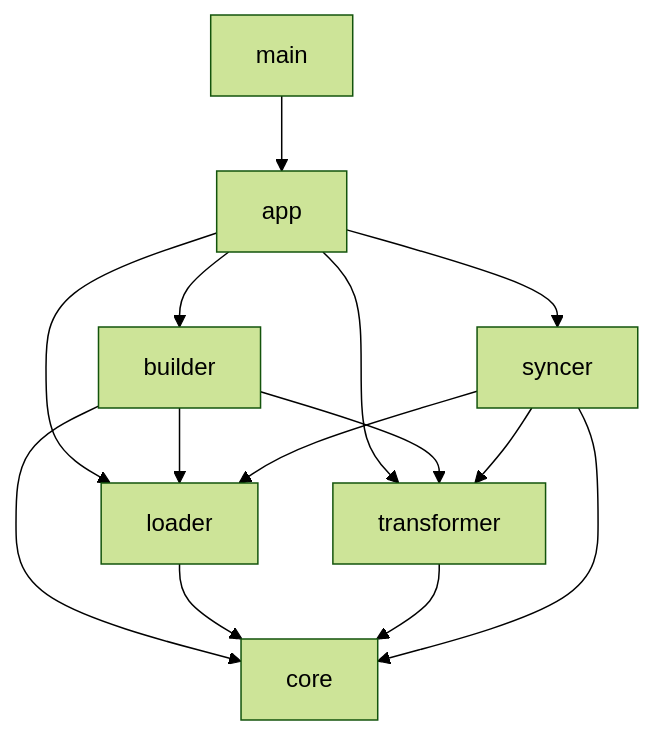
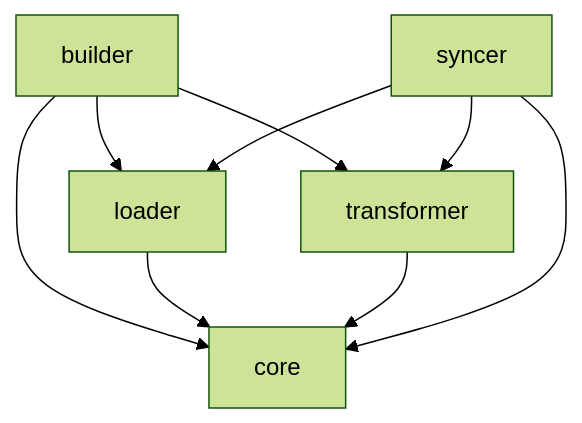
Before and after one commit to rwiv/agb: the second of 2 diagrams in specs/DESIGN.md, drawn with Mermaid (forest theme). The commit also changed other lines of this file, not shown here.

Commit message:
docs: update dependency graph

````diff
--- a/specs/DESIGN.md
+++ b/specs/DESIGN.md
@@ -41,16 +56,11 @@
 ```mermaid
 graph TD
-    main --> app
-    app --> loader
-    app --> builder
-    app --> syncer
-    app --> transformer
     builder --> loader
     builder --> transformer
     syncer --> loader
     syncer --> transformer
     builder --> core
     loader --> core
     transformer --> core
     syncer --> core
 ```
````
